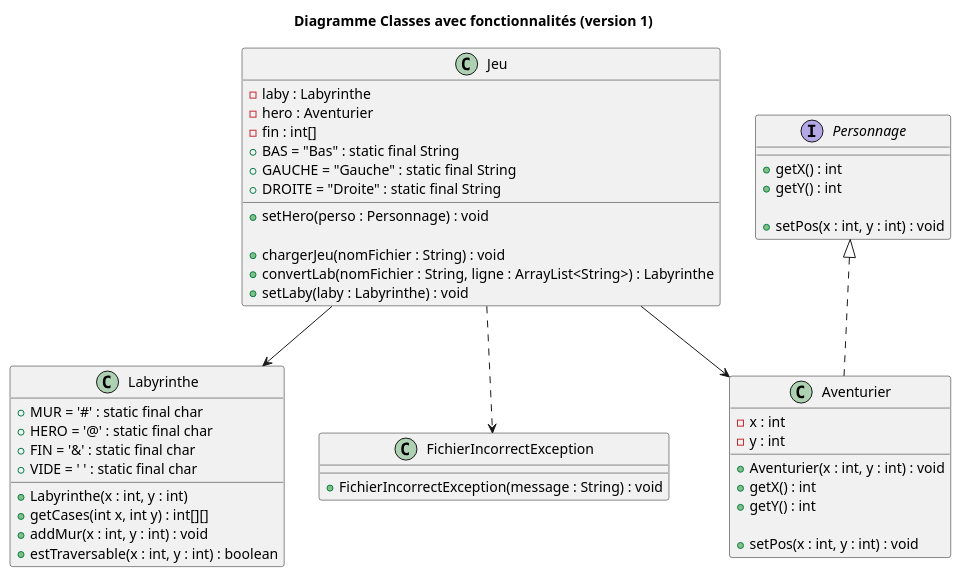
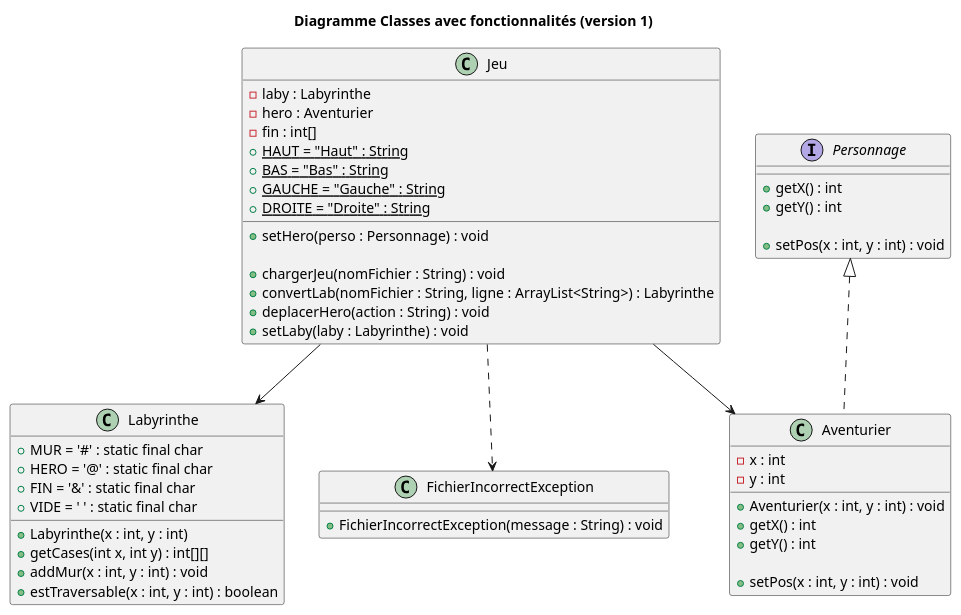
Before and after one commit to lucas-martinati-pro/SAE_S2.01_Zeldiablo-LucasM_JeanLM_PierreGSV: the diagram in documents/version_1/Diagramme Classes avec fonctionnalités.puml, drawn with PlantUML. The commit also changed 2 other files, not shown here.

```diff
--- a/documents/version_1/Diagramme Classes avec fonctionnalités.puml
+++ b/documents/version_1/Diagramme Classes avec fonctionnalités.puml
@@ -1,56 +1,58 @@
 @startuml
 title Diagramme Classes avec fonctionnalités (version 1)
 
 class Jeu {
     -laby : Labyrinthe
     -hero : Aventurier
     -fin : int[]
-    +BAS = "Bas" : static final String
-    +GAUCHE = "Gauche" : static final String
-    +DROITE = "Droite" : static final String
+    +{static} HAUT = "Haut" : String
+    +{static} BAS = "Bas" : String
+    +{static} GAUCHE = "Gauche" : String
+    +{static} DROITE = "Droite" : String
 
     +setHero(perso : Personnage) : void
 
     +chargerJeu(nomFichier : String) : void
     +convertLab(nomFichier : String, ligne : ArrayList<String>) : Labyrinthe
+    +deplacerHero(action : String) : void
     +setLaby(laby : Labyrinthe) : void
 }
 
 class Labyrinthe {
     +MUR = '#' : static final char
     +HERO = '@' : static final char
     +FIN = '&' : static final char
     +VIDE = ' ' : static final char
 
     +Labyrinthe(x : int, y : int)
     +getCases(int x, int y) : int[][]
     +addMur(x : int, y : int) : void
     +estTraversable(x : int, y : int) : boolean
 }
 interface Personnage {
     +getX() : int
     +getY() : int
 
     +setPos(x : int, y : int) : void
 }
 
 class Aventurier {
     -x : int
     -y : int
 
     +Aventurier(x : int, y : int) : void
     +getX() : int
     +getY() : int
 
     +setPos(x : int, y : int) : void
 
 }
 class FichierIncorrectException {
     +FichierIncorrectException(message : String) : void
 }
 
 Jeu --> Labyrinthe
 Jeu --> Aventurier
 Personnage <|.. Aventurier
 Jeu ..> FichierIncorrectException
 @enduml
```
